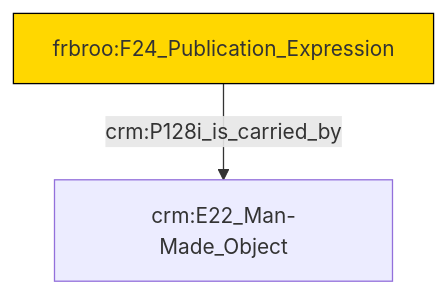
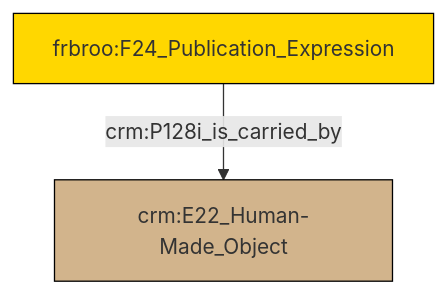
One commit to swiss-art-research-net/docs.swissartresearch changed the diagram in et/biblioCSV/ttl/mmd/biblio_item.ttl.mmd. Above: the diagram before and after it, drawn with Mermaid. The commit also changed 170 other files, not shown here.

```diff
--- a/et/biblioCSV/ttl/mmd/biblio_item.ttl.mmd
+++ b/et/biblioCSV/ttl/mmd/biblio_item.ttl.mmd
@@ -1,16 +1,16 @@
 graph TD
 classDef Literal fill:#f2f2f2,stroke:#000000;
 classDef CRM_Entity fill:#FFFFFF,stroke:#000000;
 classDef Temporal_Entity fill:#00C9E6, stroke:#000000;
 classDef Type fill:#E18312, stroke:#000000;
 classDef Time-Span fill:#2C9C91, stroke:#000000;
 classDef Appellation fill:#FFEB7F, stroke:#000000;
 classDef Place fill:#008836, stroke:#000000;
 classDef Persistent_Item fill:#B266B2, stroke:#000000;
 classDef Conceptual_Object fill:#FFD700, stroke:#000000;
 classDef Physical_Thing fill:#D2B48C, stroke:#000000;
 classDef Actor fill:#f58aad, stroke:#000000;
 classDef PC_Classes fill:#4ce600, stroke:#000000;
 classDef Multi fill:#cccccc,stroke:#000000;
 
-2["frbroo:F24_Publication_Expression"]:::Conceptual_Object -->|crm:P128i_is_carried_by| 0["crm:E22_Man-Made_Object"]:::Default
+2["frbroo:F24_Publication_Expression"]:::Conceptual_Object -->|crm:P128i_is_carried_by| 0["crm:E22_Human-Made_Object"]:::Physical_Thing
```
